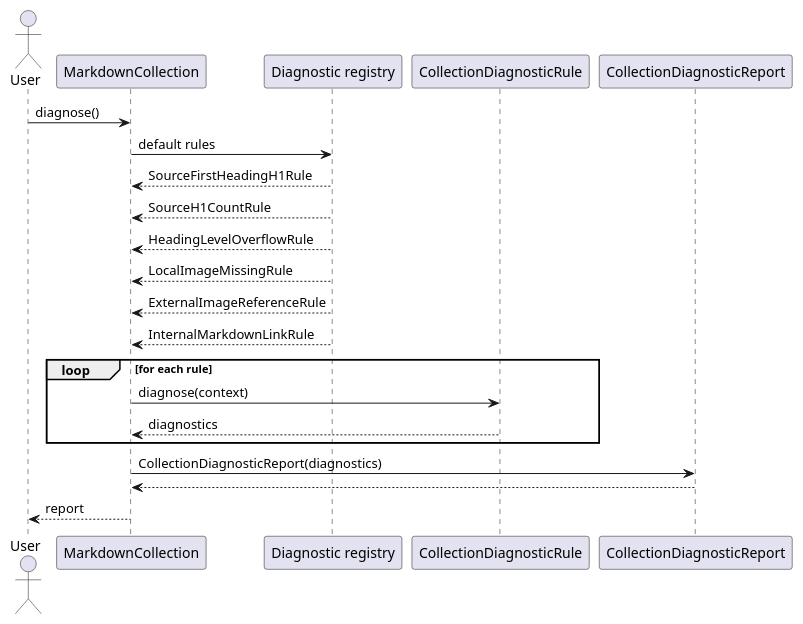
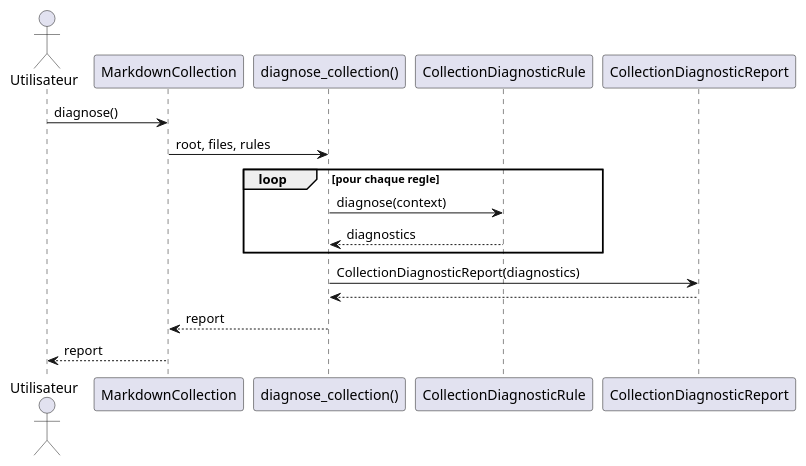
Before and after one commit to antoinebarre/scribpy: the fifth of 6 diagrams in doc/architecture-core.md, drawn with PlantUML. The commit also changed other lines of this file and 7 other files, not shown here.

Commit message:
feat: add mermaid

````diff
--- a/doc/architecture-core.md
+++ b/doc/architecture-core.md
@@ -296,25 +355,20 @@
 ```plantuml
 @startuml
-actor User
-participant "MarkdownCollection" as Collection
-participant "Diagnostic registry" as Registry
-participant "CollectionDiagnosticRule" as Rule
-participant "CollectionDiagnosticReport" as Report
+actor Utilisateur
+participant "MarkdownCollection" as col
+participant "diagnose_collection()" as engine
+participant "CollectionDiagnosticRule" as rule
+participant "CollectionDiagnosticReport" as report
 
-User -> Collection : diagnose()
-Collection -> Registry : default rules
-Registry --> Collection : SourceFirstHeadingH1Rule
-Registry --> Collection : SourceH1CountRule
-Registry --> Collection : HeadingLevelOverflowRule
-Registry --> Collection : LocalImageMissingRule
-Registry --> Collection : ExternalImageReferenceRule
-Registry --> Collection : InternalMarkdownLinkRule
-loop for each rule
-  Collection -> Rule : diagnose(context)
-  Rule --> Collection : diagnostics
+Utilisateur -> col : diagnose()
+col -> engine : root, files, rules
+loop pour chaque regle
+  engine -> rule : diagnose(context)
+  rule --> engine : diagnostics
 end
-Collection -> Report : CollectionDiagnosticReport(diagnostics)
-Report --> Collection
-Collection --> User : report
+engine -> report : CollectionDiagnosticReport(diagnostics)
+report --> engine
+engine --> col : report
+col --> Utilisateur : report
 @enduml
 ```
````
